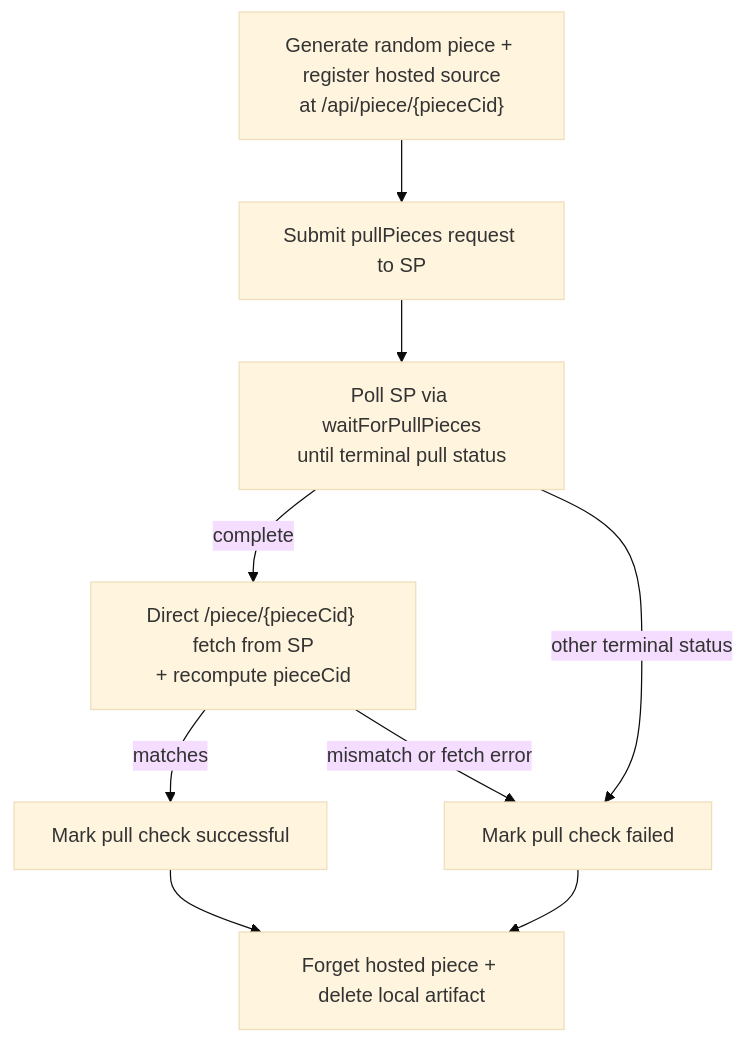
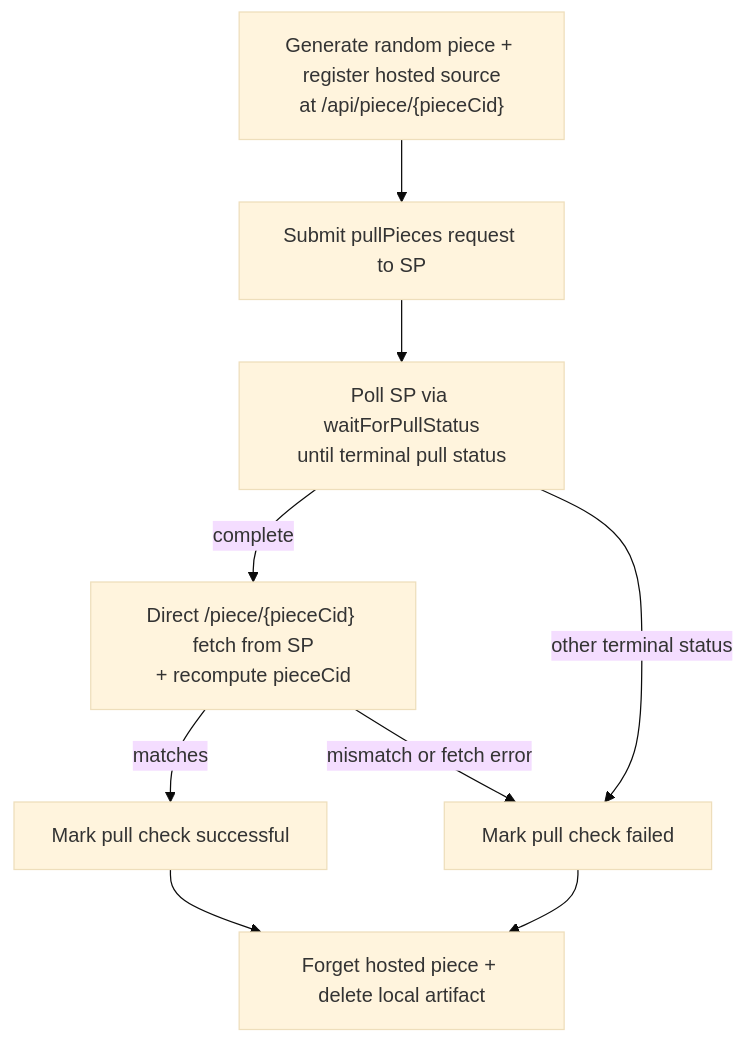
Before and after one commit to FilOzone/dealbot: the diagram in docs/checks/pull-check.md, drawn with Mermaid (base theme). The commit also changed other lines of this file and 4 other files, not shown here.

Commit message:
chore: revert back to waitForPullStatus

````diff
--- a/docs/checks/pull-check.md
+++ b/docs/checks/pull-check.md
@@ -34,12 +34,12 @@
 ```mermaid
 flowchart TD
   Generate["Generate random piece + register hosted source<br/>at /api/piece/{pieceCid}"]
   Generate --> Submit["Submit pullPieces request to SP"]
-  Submit --> Poll["Poll SP via waitForPullPieces<br/>until terminal pull status"]
+  Submit --> Poll["Poll SP via waitForPullStatus<br/>until terminal pull status"]
   Poll -->|complete| Validate["Direct /piece/{pieceCid} fetch from SP<br/>+ recompute pieceCid"]
   Poll -->|other terminal status| Fail["Mark pull check failed"]
   Validate -->|matches| Success["Mark pull check successful"]
   Validate -->|mismatch or fetch error| Fail
   Success --> Cleanup
   Fail --> Cleanup["Forget hosted piece + delete local artifact"]
 ```
````
